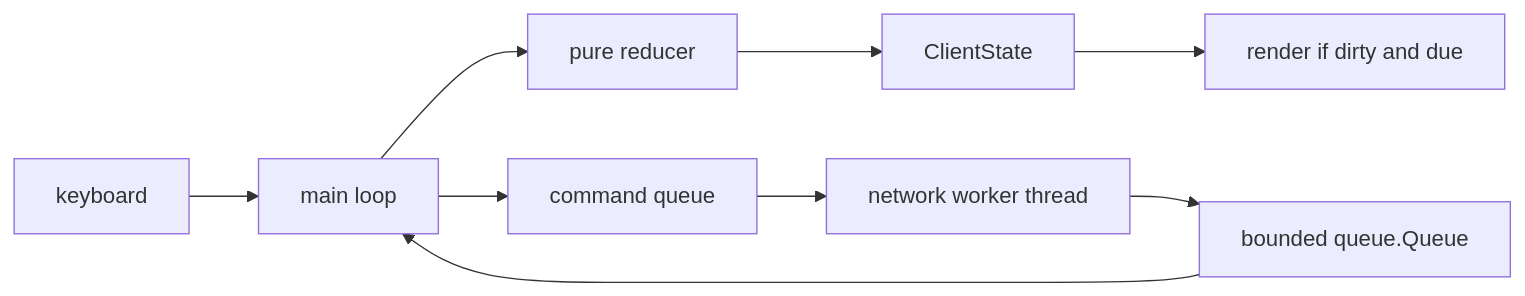
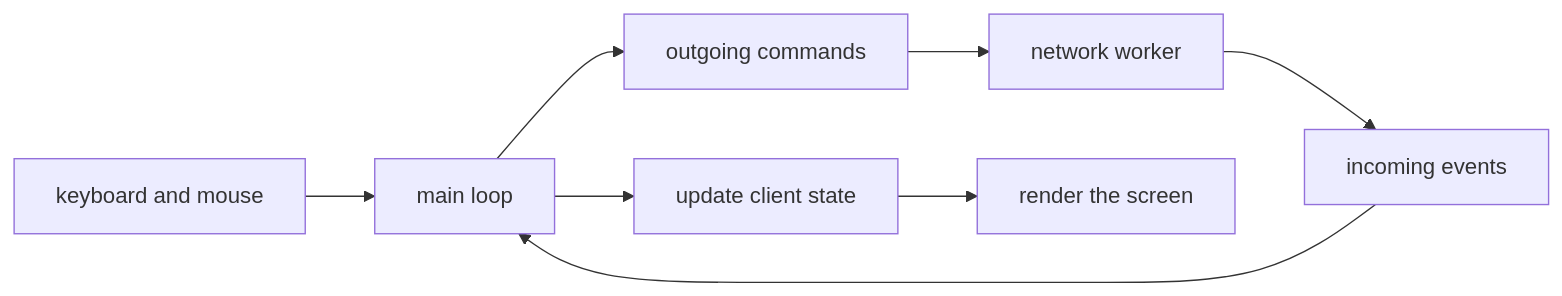
One commit to SweatyNuN/terminal-territories changed the diagram in planning/05-client-plan.md. Above: the diagram before and after it, drawn with Mermaid. The commit also changed other lines of this file and 10 other files, not shown here.

````diff
--- a/planning/05-client-plan.md
+++ b/planning/05-client-plan.md
@@ -118,11 +96,10 @@
 ```mermaid
 flowchart LR
-    KEY["keyboard"] --> LOOP["main loop"]
-    NET["network worker thread"] --> Q["bounded queue.Queue"]
-    Q --> LOOP
-    LOOP --> REDUCE["pure reducer"]
-    REDUCE --> STATE["ClientState"]
-    STATE --> RENDER["render if dirty and due"]
-    LOOP --> SEND["command queue"]
-    SEND --> NET
+    INPUT[keyboard and mouse] --> LOOP[main loop]
+    NET[network worker] --> EVENTS[incoming events]
+    EVENTS --> LOOP
+    LOOP --> REDUCE[update client state]
+    REDUCE --> RENDER[render the screen]
+    LOOP --> OUT[outgoing commands]
+    OUT --> NET
 ```
````
